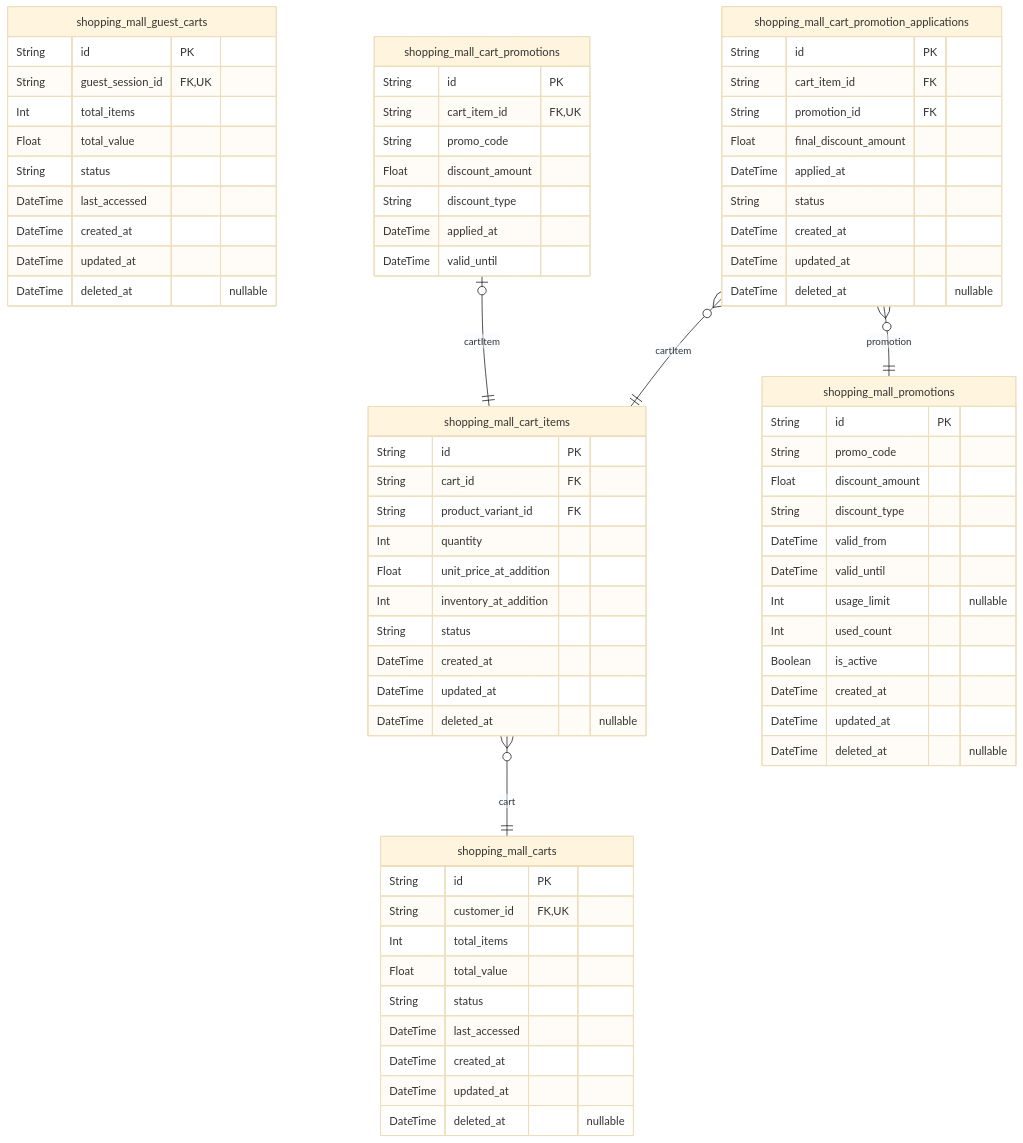
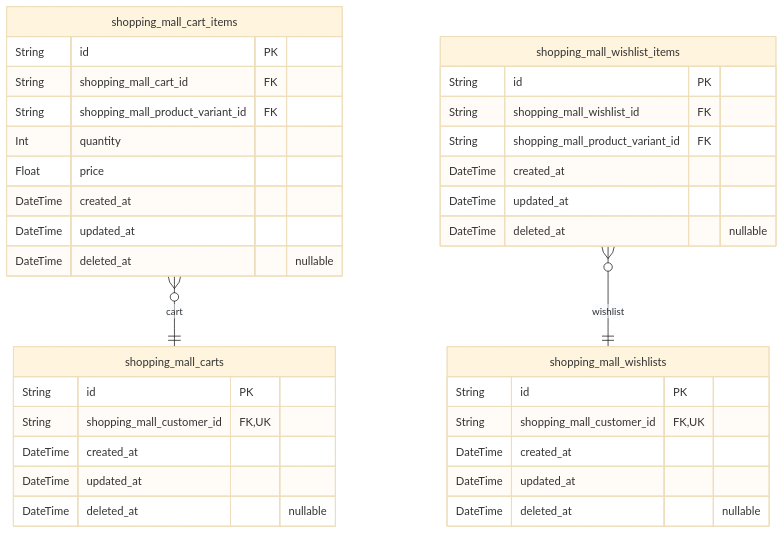
Before and after one commit to wrtnlabs/autobe-examples: the fourth of 11 diagrams in qwen/qwen3-next-80b-a3b-instruct/shopping/docs/ERD.md, drawn with Mermaid (base theme). The commit also changed other lines of this file and 366 other files, not shown here.

````diff
--- a/qwen/qwen3-next-80b-a3b-instruct/shopping/docs/ERD.md
+++ b/qwen/qwen3-next-80b-a3b-instruct/shopping/docs/ERD.md
@@ -1232,75 +828,37 @@
 ```mermaid
 erDiagram
 "shopping_mall_carts" {
   String id PK
-  String customer_id FK,UK
-  Int total_items
-  Float total_value
-  String status
-  DateTime last_accessed
+  String shopping_mall_customer_id FK,UK
   DateTime created_at
   DateTime updated_at
   DateTime deleted_at "nullable"
 }
 "shopping_mall_cart_items" {
   String id PK
-  String cart_id FK
-  String product_variant_id FK
+  String shopping_mall_cart_id FK
+  String shopping_mall_product_variant_id FK
   Int quantity
-  Float unit_price_at_addition
-  Int inventory_at_addition
-  String status
+  Float price
   DateTime created_at
   DateTime updated_at
   DateTime deleted_at "nullable"
 }
-"shopping_mall_guest_carts" {
+"shopping_mall_wishlists" {
   String id PK
-  String guest_session_id FK,UK
-  Int total_items
-  Float total_value
-  String status
-  DateTime last_accessed
+  String shopping_mall_customer_id FK,UK
   DateTime created_at
   DateTime updated_at
   DateTime deleted_at "nullable"
 }
-"shopping_mall_cart_promotions" {
+"shopping_mall_wishlist_items" {
   String id PK
-  String cart_item_id FK,UK
-  String promo_code
-  Float discount_amount
-  String discount_type
-  DateTime applied_at
-  DateTime valid_until
-}
-"shopping_mall_promotions" {
-  String id PK
-  String promo_code
-  Float discount_amount
-  String discount_type
-  DateTime valid_from
-  DateTime valid_until
-  Int usage_limit "nullable"
-  Int used_count
-  Boolean is_active
-  DateTime created_at
-  DateTime updated_at
-  DateTime deleted_at "nullable"
-}
-"shopping_mall_cart_promotion_applications" {
-  String id PK
-  String cart_item_id FK
-  String promotion_id FK
-  Float final_discount_amount
-  DateTime applied_at
-  String status
+  String shopping_mall_wishlist_id FK
+  String shopping_mall_product_variant_id FK
   DateTime created_at
   DateTime updated_at
   DateTime deleted_at "nullable"
 }
 "shopping_mall_cart_items" }o--|| "shopping_mall_carts" : cart
-"shopping_mall_cart_promotions" |o--|| "shopping_mall_cart_items" : cartItem
-"shopping_mall_cart_promotion_applications" }o--|| "shopping_mall_cart_items" : cartItem
-"shopping_mall_cart_promotion_applications" }o--|| "shopping_mall_promotions" : promotion
+"shopping_mall_wishlist_items" }o--|| "shopping_mall_wishlists" : wishlist
 ```
````
